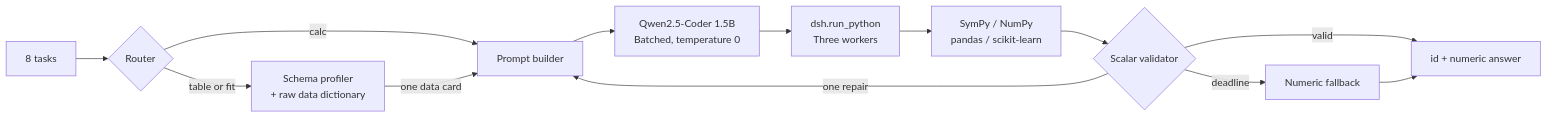
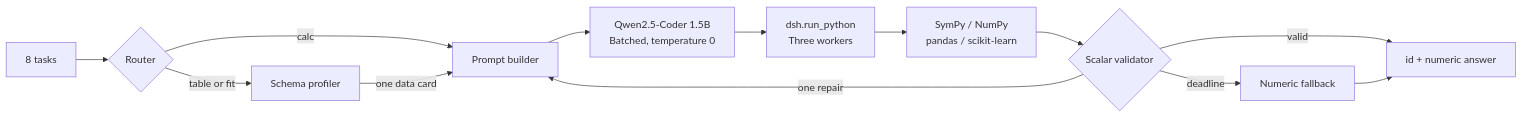
Before and after one commit to luc-polo/frugal-data-science-agent: the diagram in recommended_architecture.md, drawn with Mermaid. The commit also changed 2 other files, not shown here.

Commit message:
implemented a nex feature to identify the special Nan placeholder (ex: -1)

````diff
--- a/recommended_architecture.md
+++ b/recommended_architecture.md
@@ -15,15 +15,15 @@
 ```mermaid
 flowchart LR
     T["8 tasks"] --> R{"Router"}
     R -->|calc| P["Prompt builder"]
-    R -->|table or fit| I["Schema profiler<br/>+ raw data dictionary"]
+    R -->|table or fit| I["Schema profiler<br/>"]
     I -->|one data card| P
     P --> L["Qwen2.5-Coder 1.5B<br/>Batched, temperature 0"]
     L --> X["dsh.run_python<br/>Three workers"]
     X --> U["SymPy / NumPy<br/>pandas / scikit-learn"]
     U --> V{"Scalar validator"}
     V -->|valid| O["id + numeric answer"]
     V -->|one repair| P
     V -->|deadline| F["Numeric fallback"]
     F --> O
 ```
````
